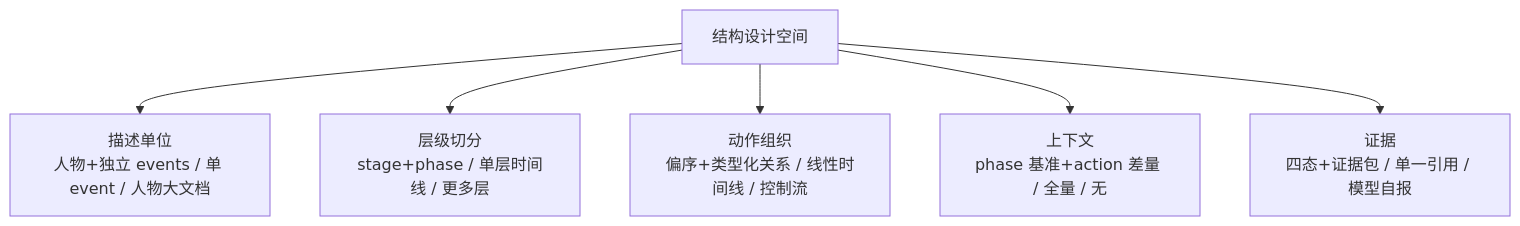
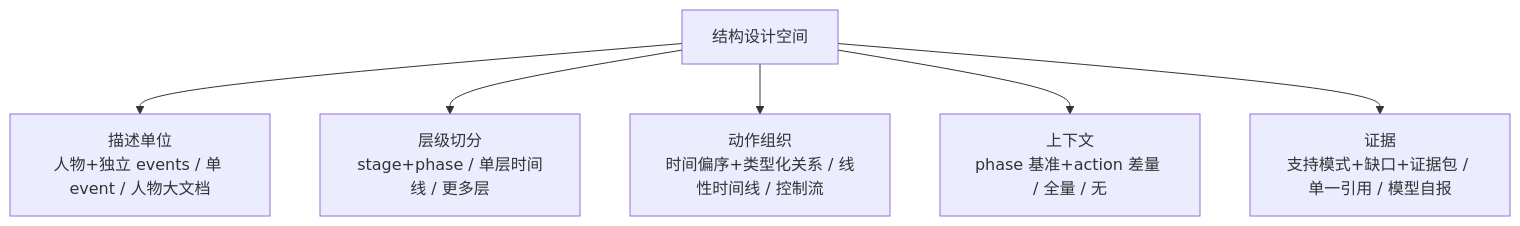
One commit to AgenticFinLab/FinMycelium changed the diagram in docs/structures/5-design-decisions.md. Above: the diagram before and after it, drawn with Mermaid. The commit also changed other lines of this file and 8 other files, not shown here.

````diff
--- a/docs/structures/5-design-decisions.md
+++ b/docs/structures/5-design-decisions.md
@@ -8,8 +8,8 @@
 ```mermaid
 flowchart TB
     D["结构设计空间"] --> U["描述单位<br/>人物+独立 events / 单 event / 人物大文档"]
     D --> H["层级切分<br/>stage+phase / 单层时间线 / 更多层"]
-    D --> G["动作组织<br/>偏序+类型化关系 / 线性时间线 / 控制流"]
+    D --> G["动作组织<br/>时间偏序+类型化关系 / 线性时间线 / 控制流"]
     D --> C["上下文<br/>phase 基准+action 差量 / 全量 / 无"]
-    D --> E["证据<br/>四态+证据包 / 单一引用 / 模型自报"]
+    D --> E["证据<br/>支持模式+缺口+证据包 / 单一引用 / 模型自报"]
 ```
````
